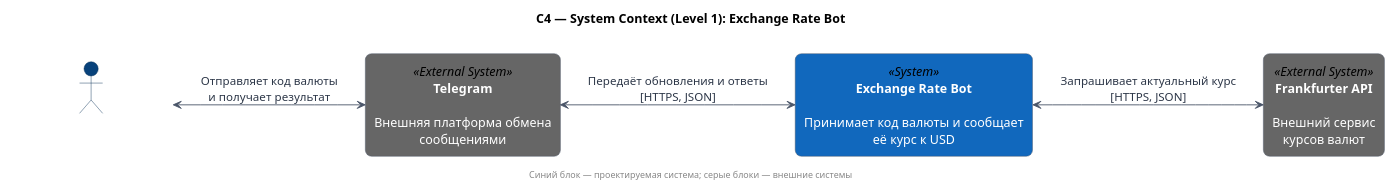
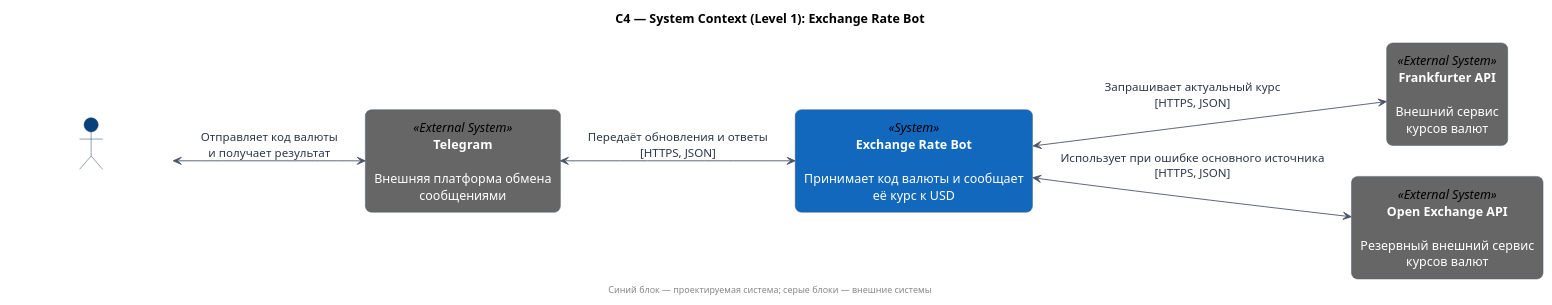
The diagram in docs/c4-context.puml (Emilo067/exchange-rate-bot), drawn with PlantUML before and after one commit. The commit also changed 6 other files, not shown here.

```diff
--- a/docs/c4-context.puml
+++ b/docs/c4-context.puml
@@ -1,33 +1,36 @@
 @startuml
 title C4 — System Context (Level 1): Exchange Rate Bot
 
 left to right direction
 skinparam shadowing false
 skinparam roundCorner 14
 skinparam defaultFontName Arial
 skinparam defaultTextAlignment center
 skinparam ArrowColor #4A5568
 skinparam ArrowFontColor #2D3748
 skinparam actor {
   BackgroundColor #08427B
   BorderColor #052E56
   FontColor #FFFFFF
 }
 skinparam rectangle {
   BorderColor #4A5568
 }
 
 actor user as "Пользователь\n\nЗапрашивает курс валюты" <<Person>>
 
 rectangle telegram as "<color:white><b>Telegram</b></color>\n\n<color:white>Внешняя платформа обмена</color>\n<color:white>сообщениями</color>" <<External System>> #666666
 
 rectangle bot as "<color:white><b>Exchange Rate Bot</b></color>\n\n<color:white>Принимает код валюты и сообщает</color>\n<color:white>её курс к USD</color>" <<System>> #1168BD
 
 rectangle frankfurter as "<color:white><b>Frankfurter API</b></color>\n\n<color:white>Внешний сервис</color>\n<color:white>курсов валют</color>" <<External System>> #666666
 
+rectangle open_exchange as "<color:white><b>Open Exchange API</b></color>\n\n<color:white>Резервный внешний сервис</color>\n<color:white>курсов валют</color>" <<External System>> #666666
+
 user <--> telegram : Отправляет код валюты\nи получает результат
 telegram <--> bot : Передаёт обновления и ответы\n[HTTPS, JSON]
 bot <--> frankfurter : Запрашивает актуальный курс\n[HTTPS, JSON]
+bot <--> open_exchange : Использует при ошибке основного источника\n[HTTPS, JSON]
 
 footer Синий блок — проектируемая система; серые блоки — внешние системы
 @enduml
```
